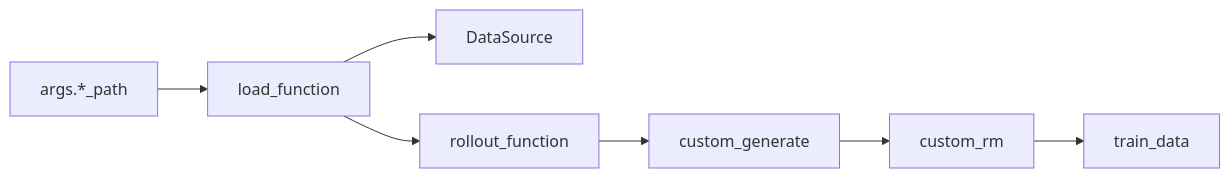
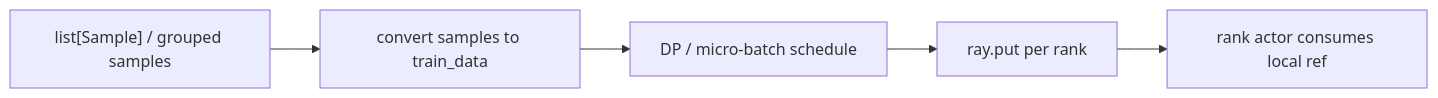
Before and after one commit to OnlyHero5/sglang-reading-vault: the third of 5 diagrams in slime_reading/阅读方法/Slime-阅读方法-数据流.md, drawn with Mermaid. The commit also changed other lines of this file and 512 other files, not shown here.

````diff
--- a/slime_reading/阅读方法/Slime-阅读方法-数据流.md
+++ b/slime_reading/阅读方法/Slime-阅读方法-数据流.md
@@ -73,15 +59,10 @@
 ```mermaid
 flowchart LR
-    PATH["args.*_path"]
-    LOAD["load_function"]
-    DS["DataSource"]
-    RF["rollout_function"]
-    CG["custom_generate"]
-    RM["custom_rm"]
-    TD["train_data"]
+    S["list[Sample] / grouped samples"]
+    C["convert samples to train_data"]
+    D["DP / micro-batch schedule"]
+    O["ray.put per rank"]
+    A["rank actor consumes local ref"]
 
-    PATH --> LOAD
-    LOAD --> DS
-    LOAD --> RF
-    RF --> CG --> RM --> TD
+    S --> C --> D --> O --> A
 ```
````
